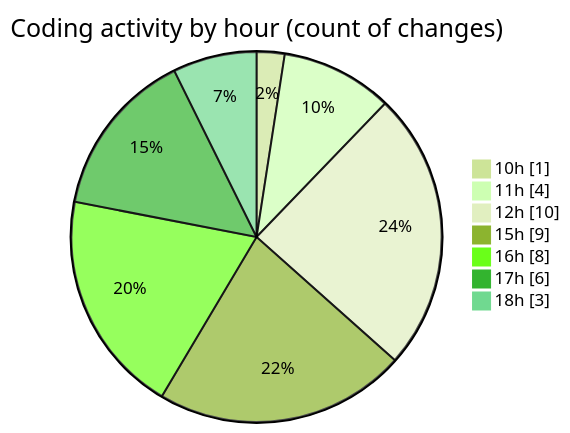
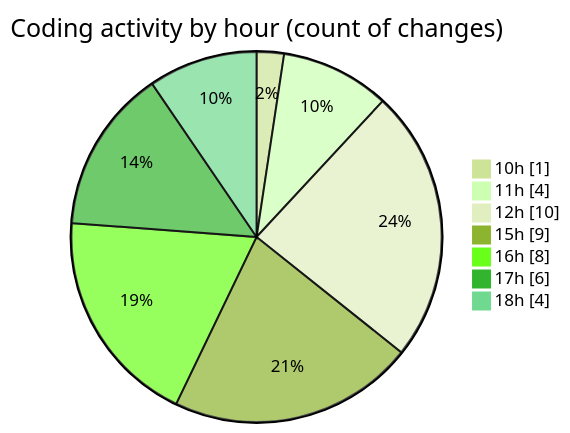
Before and after one commit to debugP/code-tracking: the second of 2 diagrams in 2025-10-08/untitled__workspace_/README.md, drawn with Mermaid (forest theme). The commit also changed other lines of this file and 1 other file, not shown here.

````diff
--- a/2025-10-08/untitled__workspace_/README.md
+++ b/2025-10-08/untitled__workspace_/README.md
@@ -32,11 +32,11 @@
 ```mermaid
 pie showData
 title Coding activity by hour (count of changes)
 "10h" : 1
 "11h" : 4
 "12h" : 10
 "15h" : 9
 "16h" : 8
 "17h" : 6
-"18h" : 3
+"18h" : 4
 ```
````
